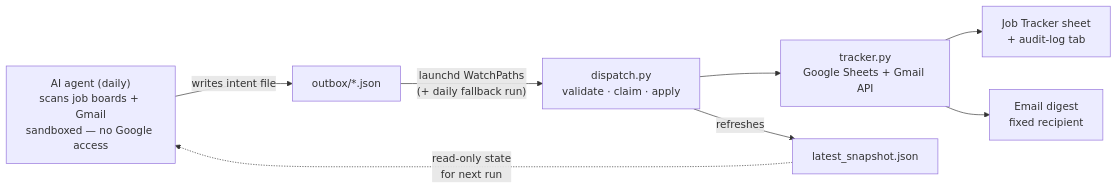
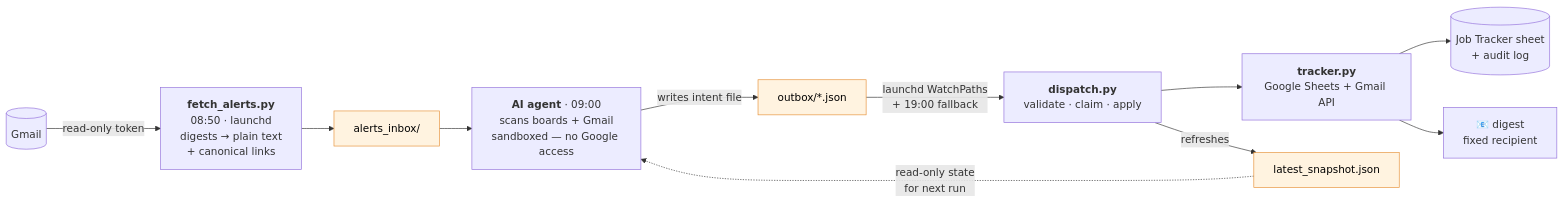
The diagram in README.md (ChenWolfson/job-search-agent), drawn with Mermaid before and after one commit. The commit also changed other lines of this file and 13 other files, not shown here.

````diff
--- a/README.md
+++ b/README.md
@@ -13,10 +27,16 @@
 ```mermaid
 flowchart LR
-    A["AI agent (daily)\nscans job boards + Gmail\nsandboxed — no Google access"] -->|"writes intent file"| B["outbox/*.json"]
-    B -->|"launchd WatchPaths\n(+ daily fallback run)"| C["dispatch.py\nvalidate · claim · apply"]
-    C --> D["tracker.py\nGoogle Sheets + Gmail API"]
-    D --> E["Job Tracker sheet\n+ audit-log tab"]
-    D --> F["Email digest\nfixed recipient"]
+    GM[("Gmail")] -->|"read-only token"| FA["<b>fetch_alerts.py</b><br/>08:50 · launchd<br/>digests → plain text<br/>+ canonical links"]
+    FA --> IN["alerts_inbox/"]
+    IN --> A["<b>AI agent</b> · 09:00<br/>scans boards + Gmail<br/>sandboxed — no Google access"]
+    A -->|"writes intent file"| B["outbox/*.json"]
+    B -->|"launchd WatchPaths<br/>+ 19:00 fallback"| C["<b>dispatch.py</b><br/>validate · claim · apply"]
+    C --> D["<b>tracker.py</b><br/>Google Sheets + Gmail API"]
+    D --> E[("Job Tracker sheet<br/>+ audit log")]
+    D --> F["📧 digest<br/>fixed recipient"]
     C -->|"refreshes"| G["latest_snapshot.json"]
-    G -.->|"read-only state\nfor next run"| A
+    G -.->|"read-only state<br/>for next run"| A
+
+    classDef q fill:#fff3e0,stroke:#e69138,color:#000
+    class IN,B,G q
 ```
````
